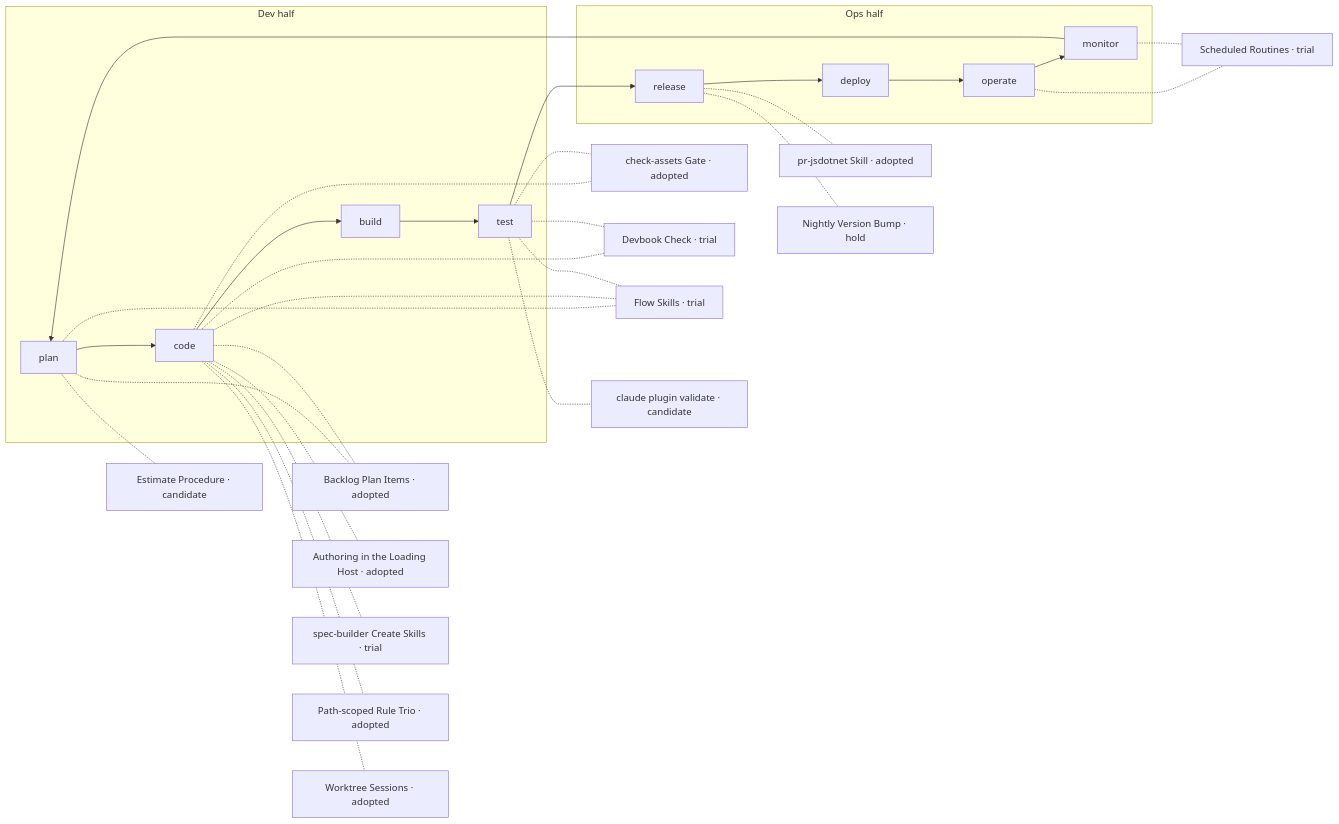
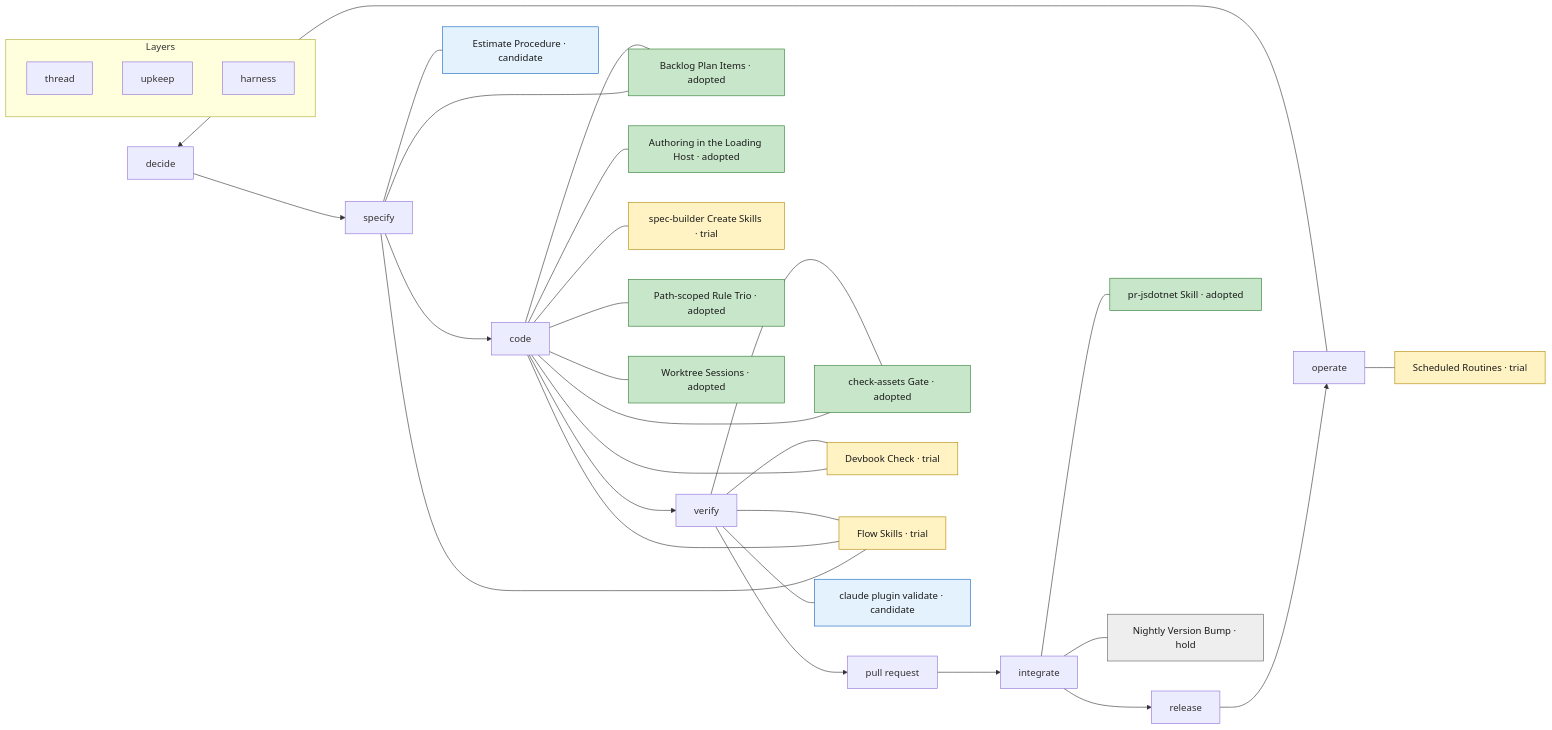
One commit to JSdotNet/ai-plugins changed the diagram in .devbook/ai/adoption-map.md. Above: the diagram before and after it, drawn with Mermaid. The commit also changed other lines of this file and 3 other files, not shown here.

````diff
--- a/.devbook/ai/adoption-map.md
+++ b/.devbook/ai/adoption-map.md
@@ -26,36 +26,48 @@
 ```mermaid
-flowchart LR
-    subgraph dev[Dev half]
-        plan[plan]
-        code[code]
-        build[build]
-        test[test]
+graph LR
+    decide --> specify --> code --> verify --> pr[pull request] --> integrate --> release --> operate --> decide
+
+    subgraph layers[Layers]
+        thread
+        upkeep
+        harness
     end
-    subgraph ops[Ops half]
-        release[release]
-        deploy[deploy]
-        operate[operate]
-        monitor[monitor]
-    end
-    plan --> code --> build --> test --> release --> deploy --> operate --> monitor --> plan
 
-    plan -.- backlog["Backlog Plan Items · adopted"]
-    plan -.- estimate["Estimate Procedure · candidate"]
-    code -.- backlog
-    code -.- host["Authoring in the Loading Host · adopted"]
-    code -.- create["spec-builder Create Skills · trial"]
-    code -.- trio["Path-scoped Rule Trio · adopted"]
-    code -.- worktree["Worktree Sessions · adopted"]
-    code -.- gate["check-assets Gate · adopted"]
-    code -.- devbook["Devbook Check · trial"]
-    plan -.- flows["Flow Skills · trial"]
-    code -.- flows
-    test -.- flows
-    test -.- gate
-    test -.- devbook
-    test -.- validate["claude plugin validate · candidate"]
-    release -.- pr["pr-jsdotnet Skill · adopted"]
-    release -.- bump["Nightly Version Bump · hold"]
-    operate -.- routines["Scheduled Routines · trial"]
-    monitor -.- routines
+    backlog["Backlog Plan Items · adopted"]:::adopted
+    estimate["Estimate Procedure · candidate"]:::candidate
+    host["Authoring in the Loading Host · adopted"]:::adopted
+    create["spec-builder Create Skills · trial"]:::trial
+    trio["Path-scoped Rule Trio · adopted"]:::adopted
+    worktree["Worktree Sessions · adopted"]:::adopted
+    gate["check-assets Gate · adopted"]:::adopted
+    devbook["Devbook Check · trial"]:::trial
+    flows["Flow Skills · trial"]:::trial
+    validate["claude plugin validate · candidate"]:::candidate
+    skill["pr-jsdotnet Skill · adopted"]:::adopted
+    bump["Nightly Version Bump · hold"]:::hold
+    routines["Scheduled Routines · trial"]:::trial
+
+    specify --- backlog
+    code --- backlog
+    specify --- estimate
+    code --- host
+    code --- create
+    code --- trio
+    code --- worktree
+    code --- gate
+    verify --- gate
+    code --- devbook
+    verify --- devbook
+    specify --- flows
+    code --- flows
+    verify --- flows
+    verify --- validate
+    integrate --- skill
+    integrate --- bump
+    operate --- routines
+
+    classDef adopted fill:#c8e6c9,stroke:#2e7d32,color:#1b1b1b
+    classDef trial fill:#fff3c4,stroke:#b28704,color:#1b1b1b
+    classDef candidate fill:#e3f2fd,stroke:#1565c0,color:#1b1b1b
+    classDef hold fill:#eeeeee,stroke:#616161,color:#1b1b1b
 ```
````
